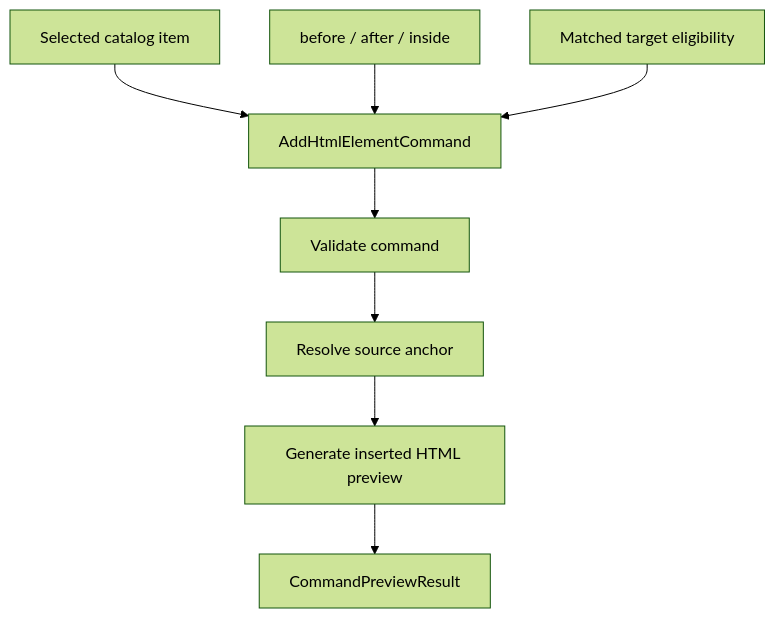
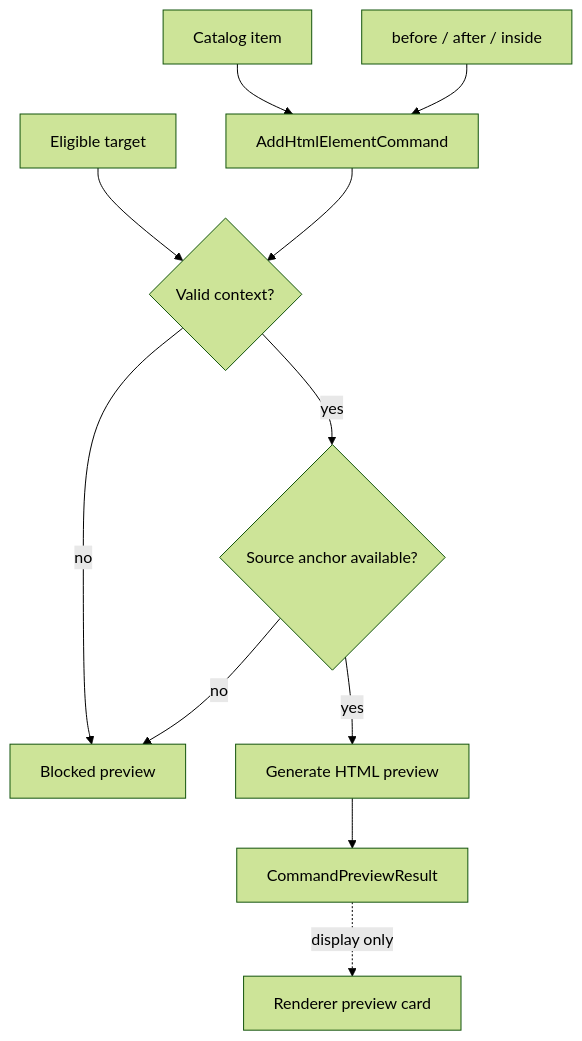
The diagram in docs/architecture/commands/html-insertion-preview-planner.md (krestosa/Crystal), drawn with Mermaid (forest theme) before and after one commit. The commit also changed other lines of this file and 12 other files, not shown here.

Commit message:
Add richer preview and command documentation

````diff
--- a/docs/architecture/commands/html-insertion-preview-planner.md
+++ b/docs/architecture/commands/html-insertion-preview-planner.md
@@ -15,10 +66,13 @@
 ```mermaid
 flowchart TD
-  Item[Selected catalog item] --> Command[AddHtmlElementCommand]
+  Item[Catalog item] --> Command[AddHtmlElementCommand]
   Mode[before / after / inside] --> Command
-  Eligibility[Matched target eligibility] --> Command
-  Command --> Validate[Validate command]
-  Validate --> Anchor[Resolve source anchor]
-  Anchor --> Snippet[Generate inserted HTML preview]
+  Target[Eligible target] --> Validate{Valid context?}
+  Command --> Validate
+  Validate -->|no| Blocked[Blocked preview]
+  Validate -->|yes| Anchor{Source anchor available?}
+  Anchor -->|yes| Snippet[Generate HTML preview]
+  Anchor -->|no| Blocked
   Snippet --> Result[CommandPreviewResult]
+  Result -. display only .-> Renderer[Renderer preview card]
 ```
````
